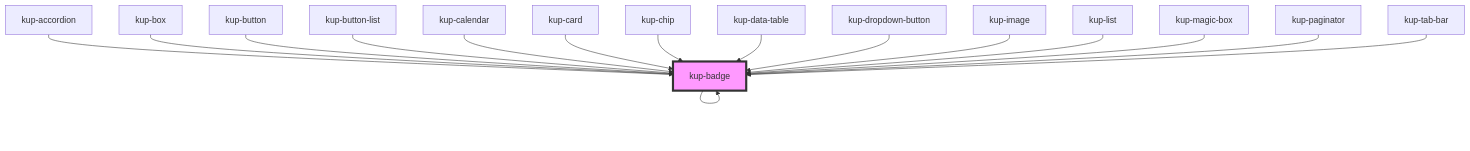
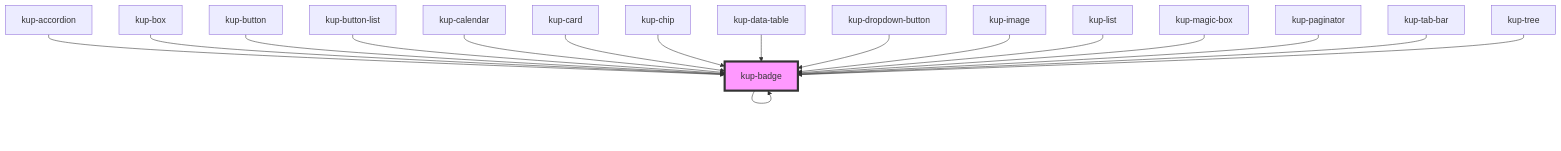
The diagram in packages/ketchup/src/components/kup-badge/readme.md (smeup/ketchup), drawn with Mermaid before and after one commit. The commit also changed other lines of this file and 12 other files, not shown here.

Commit message:
FCell: used in kup-tree.

````diff
--- a/packages/ketchup/src/components/kup-badge/readme.md
+++ b/packages/ketchup/src/components/kup-badge/readme.md
@@ -93,19 +94,20 @@
 ```mermaid
 graph TD;
   kup-badge --> kup-badge
   kup-accordion --> kup-badge
   kup-box --> kup-badge
   kup-button --> kup-badge
   kup-button-list --> kup-badge
   kup-calendar --> kup-badge
   kup-card --> kup-badge
   kup-chip --> kup-badge
   kup-data-table --> kup-badge
   kup-dropdown-button --> kup-badge
   kup-image --> kup-badge
   kup-list --> kup-badge
   kup-magic-box --> kup-badge
   kup-paginator --> kup-badge
   kup-tab-bar --> kup-badge
+  kup-tree --> kup-badge
   style kup-badge fill:#f9f,stroke:#333,stroke-width:4px
 ```
````
